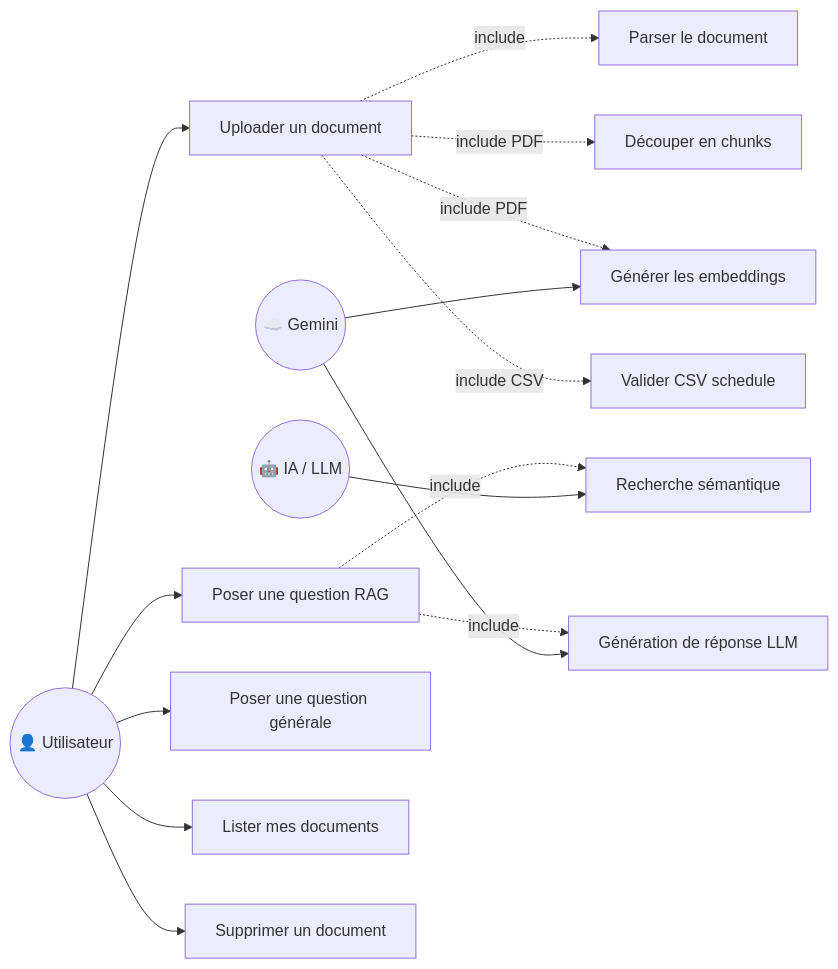
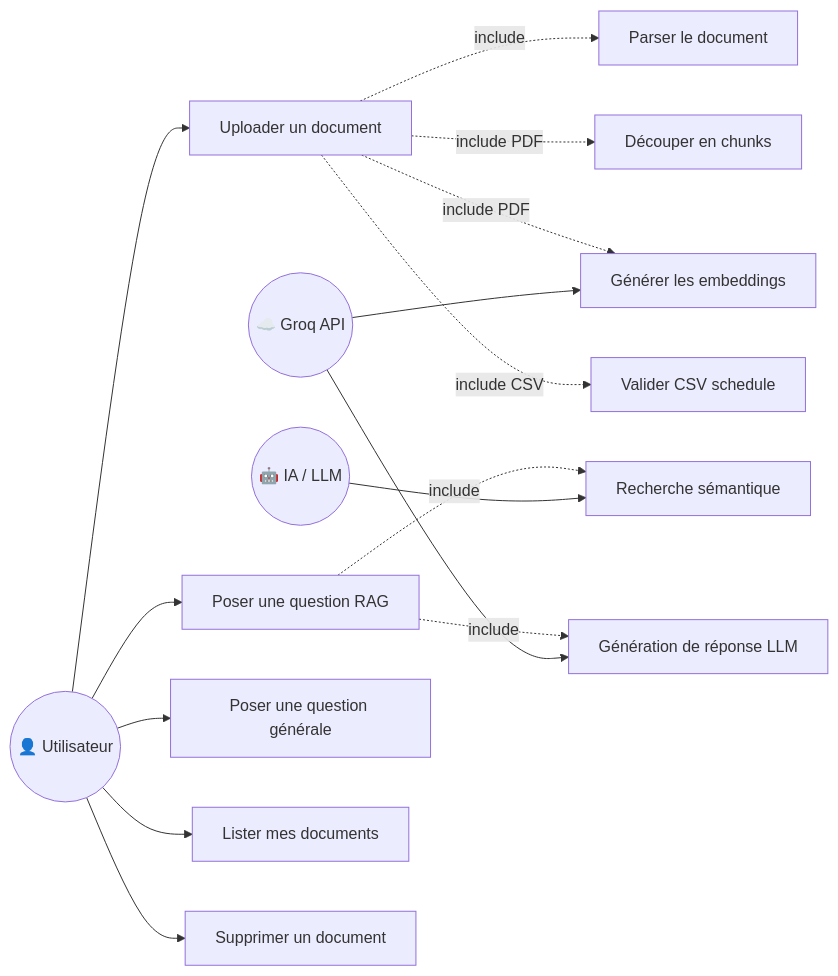
Before and after one commit to Jkacem/smart_focus: the seventh of 12 diagrams in docs/Conception_CasUtilisation.md, drawn with Mermaid. The commit also changed other lines of this file and 93 other files, not shown here.

````diff
--- a/docs/Conception_CasUtilisation.md
+++ b/docs/Conception_CasUtilisation.md
@@ -384,37 +453,37 @@
 ```mermaid
 graph LR
     User(("👤 Utilisateur"))
     IA(("🤖 IA / LLM"))
-    API(("☁️ Gemini"))
+    API(("☁️ Groq API"))
 
     UC12["Uploader un document"]
     UC13["Poser une question RAG"]
     UC13g["Poser une question générale"]
     UC12l["Lister mes documents"]
     UC12d["Supprimer un document"]
 
     UC12a["Parser le document"]
     UC12b["Découper en chunks"]
     UC12c["Générer les embeddings"]
     UC12v["Valider CSV schedule"]
     UC13a["Recherche sémantique"]
     UC13b["Génération de réponse LLM"]
 
     User --> UC12
     User --> UC13
     User --> UC13g
     User --> UC12l
     User --> UC12d
 
     UC12 -.->|include| UC12a
     UC12 -.->|include PDF| UC12b
     UC12 -.->|include PDF| UC12c
     UC12 -.->|include CSV| UC12v
 
     UC13 -.->|include| UC13a
     UC13 -.->|include| UC13b
 
     IA --> UC13a
     API --> UC13b
     API --> UC12c
 ```
````
